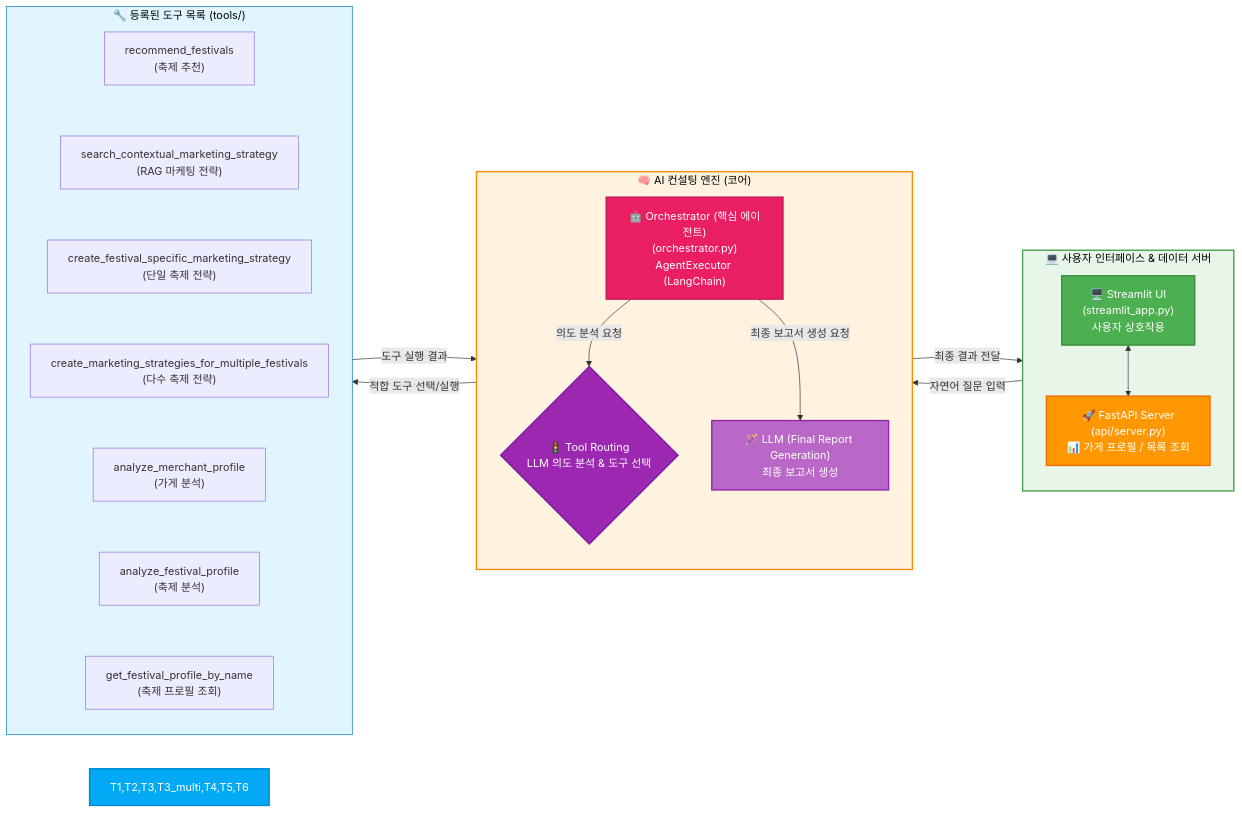
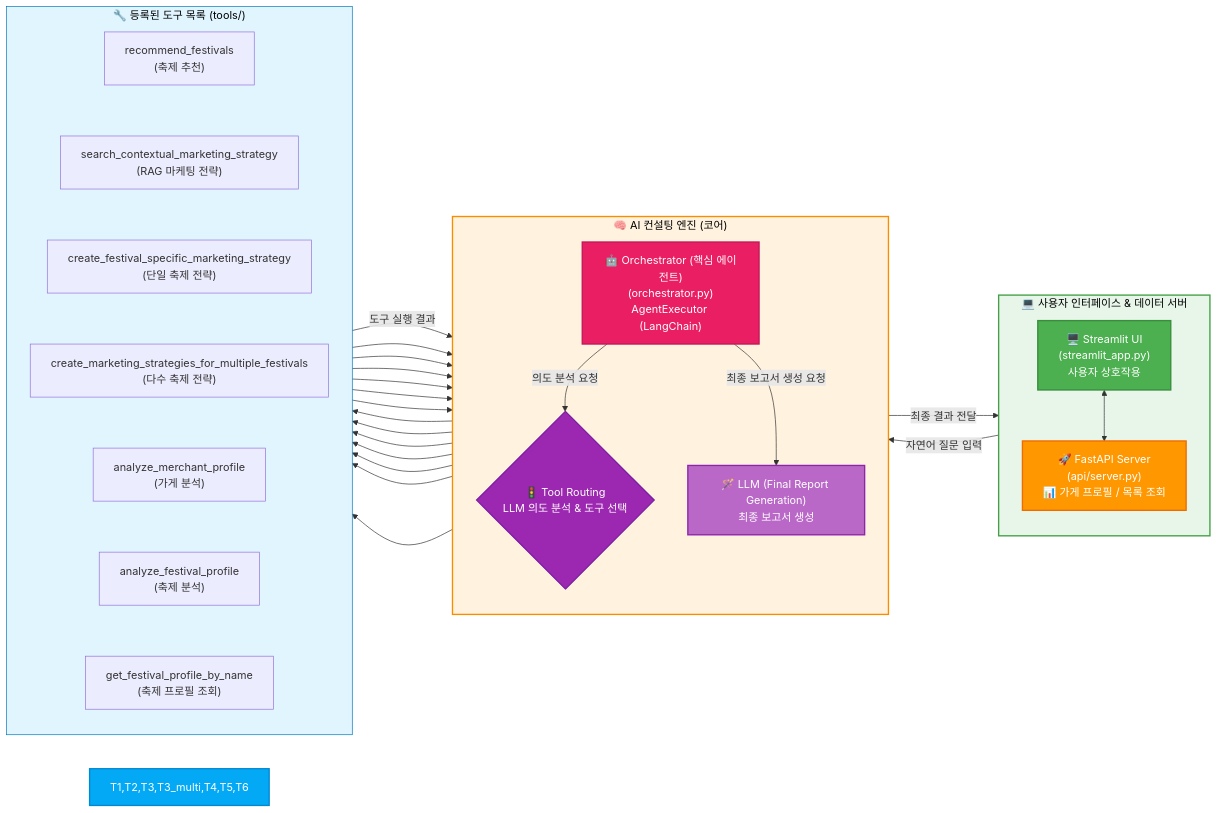
One commit to Synapse-Bigcontest/2025_bigcontest changed the first of 4 diagrams in README.md. Above: the diagram before and after it, drawn with Mermaid.

````diff
--- a/README.md
+++ b/README.md
@@ -94,69 +94,82 @@
 ```mermaid
 graph LR
     %% ========================
     %% 1. (좌측) 사용자 인터페이스
     %% ========================
     subgraph SG_UserServer ["💻 사용자 인터페이스 & 데이터 서버"]
         direction TB
         A["🖥️ Streamlit UI\n(streamlit_app.py)\n사용자 상호작용"]
         B["🚀 FastAPI Server\n(api/server.py)\n📊 가게 프로필 / 목록 조회"]
         A <--> B
     end
 
     %% ========================
     %% 2. (중간) AI 컨설팅 엔진 (코어)
     %% ========================
     subgraph SG_Engine_Core ["🧠 AI 컨설팅 엔진 (코어)"]
         direction TB
         C["🤖 Orchestrator (핵심 에이전트)\n(orchestrator.py)\nAgentExecutor (LangChain)"]
         D{"🚦 Tool Routing\nLLM 의도 분석 & 도구 선택"}
         LLM_Final["🪄 LLM (Final Report Generation)\n최종 보고서 생성"]
     end
 
     %% ========================
     %% 3. (우측) 도구 목록 (세로 정렬 강제)
     %% ========================
     subgraph SG_Tools ["🔧 등록된 도구 목록 (tools/)"]
         direction TB
         T1["recommend_festivals\n(축제 추천)"]
         T2["search_contextual_marketing_strategy\n(RAG 마케팅 전략)"]
         T3["create_festival_specific_marketing_strategy\n(단일 축제 전략)"]
         T3_multi["create_marketing_strategies_for_multiple_festivals\n(다수 축제 전략)"]
         T4["analyze_merchant_profile\n(가게 분석)"]
         T5["analyze_festival_profile\n(축제 분석)"]
         T6["get_festival_profile_by_name\n(축제 프로필 조회)"]
         
         T1 ~~~ T2
         T2 ~~~ T3
         T3 ~~~ T3_multi
         T3_multi ~~~ T4
         T4 ~~~ T5
         T5 ~~~ T6
     end
 
     %% ========================
-    %% 4. E2E 연결 관계 (흐름 수정)
+    %% 4. E2E 연결 관계 (Fan-out / Fan-in)
     %% ========================
     A -- "자연어 질문 입력" --> C
     C -- "의도 분석 요청" --> D
     C -- "최종 보고서 생성 요청" --> LLM_Final
     LLM_Final -- "최종 결과 전달" --> A
     
-    D -- "적합 도구 선택/실행" --> T1
-    T6 -- "도구 실행 결과" --> C
+    D -- " " --> T1
+    D -- " " --> T2
+    D -- " " --> T3
+    D -- " " --> T3_multi
+    D -- " " --> T4
+    D -- " " --> T5
+    D -- " " --> T6
+    
+    T1 -- "도구 실행 결과" --> C
+    T2 -- " " --> C
+    T3 -- " " --> C
+    T3_multi -- " " --> C
+    T4 -- " " --> C
+    T5 -- " " --> C
+    T6 -- " " --> C
 
     %% ========================
     %% 5. 스타일 지정
     %% ========================
     style A fill:#4CAF50,color:#fff,stroke:#388E3C,stroke-width:2px
     style B fill:#FF9800,color:#fff,stroke:#EF6C00,stroke-width:2px
     style C fill:#E91E63,color:#fff,stroke:#C2185B,stroke-width:2px
     style D fill:#9C27B0,color:#fff,stroke:#7B1FA2,stroke-width:2px,shape:diamond
     style LLM_Final fill:#BA68C8,color:#fff,stroke:#8E24AA,stroke-width:2px
     
     style SG_UserServer fill:#E8F5E9,stroke:#43A047,stroke-width:2px,color:#000
     style SG_Engine_Core fill:#FFF3E0,stroke:#FB8C00,stroke-width:2px,color:#000
     style SG_Tools fill:#E1F5FE, stroke:#0277BD,color:#000
 
     style T1,T2,T3,T3_multi,T4,T5,T6 fill:#03A9F4,color:#fff,stroke:#0288D1,stroke-width:2px,shape:hexagon
 ```
````
